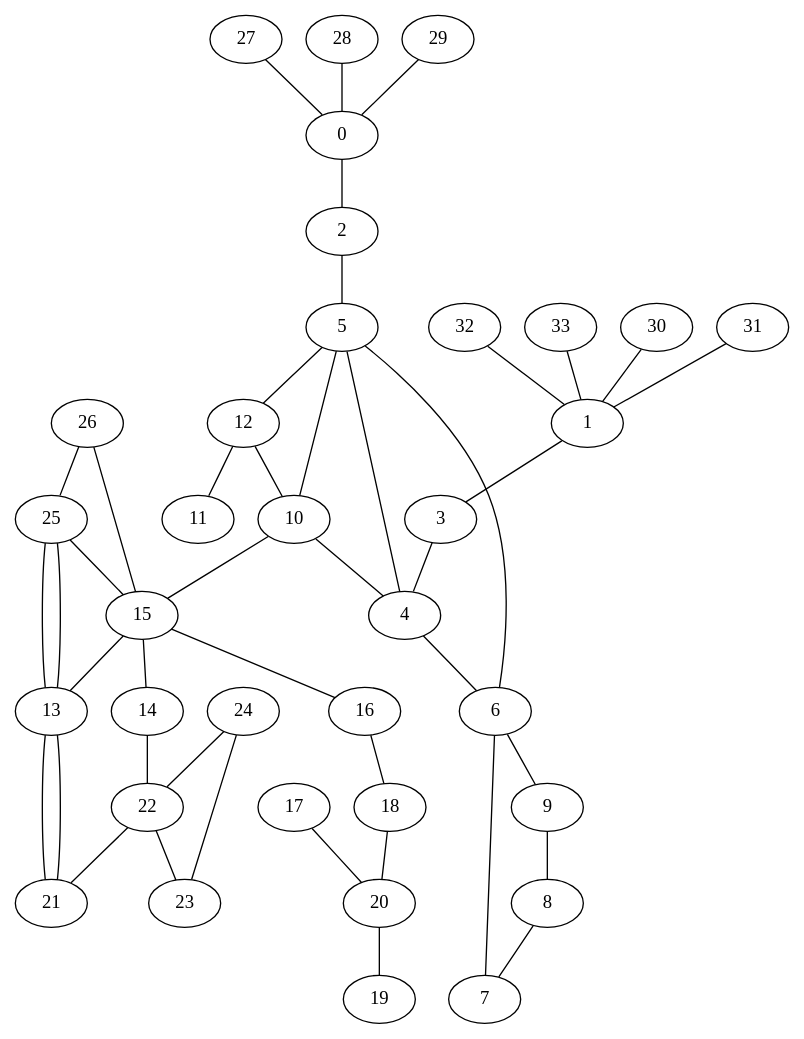
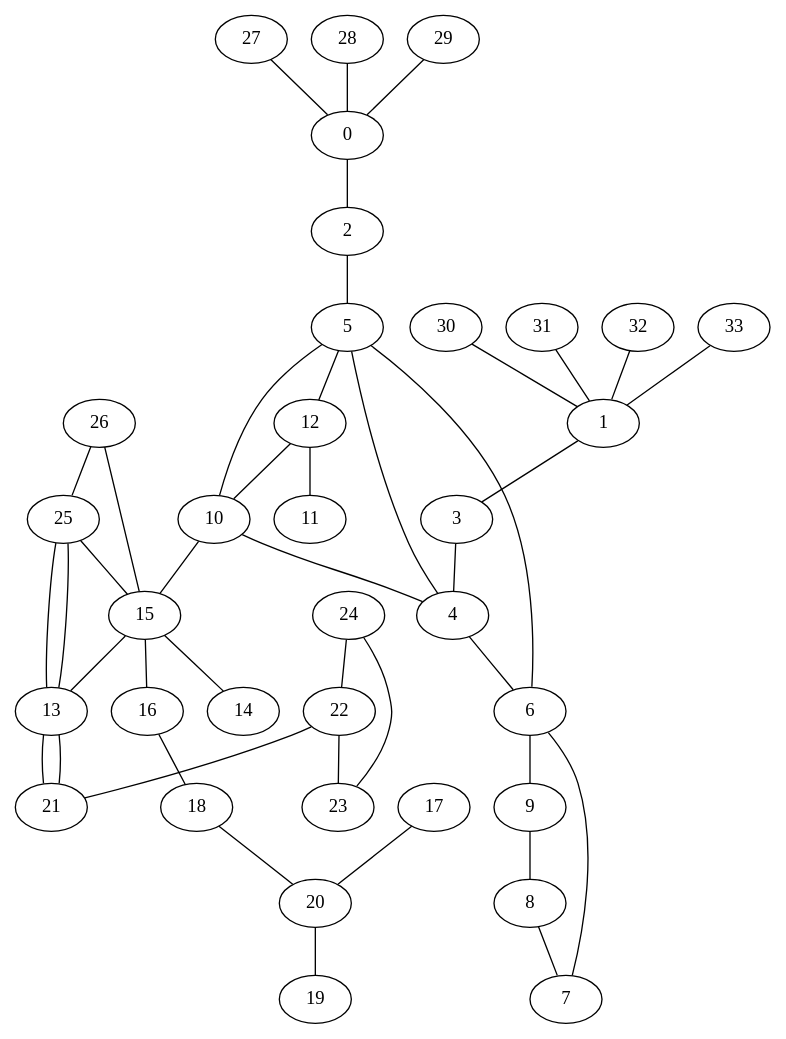
One commit to harrietrc/se306-project1 changed the diagram in se306_project1/test.dot. Above: the diagram before and after it, drawn with Graphviz. The commit also changed 9 other files, not shown here.

```diff
--- a/se306_project1/test.dot
+++ b/se306_project1/test.dot
@@ -1,79 +1,78 @@
 graph G {
 0;
 1;
 2;
 3;
 4;
 5;
 6;
 7;
 8;
 9;
 10;
 11;
 12;
 13;
 14;
 15;
 16;
 17;
 18;
 19;
 20;
 21;
 22;
 23;
 24;
 25;
 26;
 27;
 28;
 29;
 30;
 31;
 32;
 33;
 0--2 ;
 1--3 ;
 2--5 ;
 3--4 ;
 5--6 ;
 4--6 ;
 6--9 ;
 9--8 ;
 8--7 ;
 7--6 ;
 4--5 ;
 5--12 ;
 12--11 ;
 12--10 ;
 5--10 ;
 10--15 ;
 15--16 ;
 15--14 ;
 15--13 ;
 16--18 ;
 18--20 ;
 17--20 ;
 20--19 ;
 13--21 ;
-14--22 ;
 22--23 ;
 24--22 ;
 27--0 ;
 28--0 ;
 29--0 ;
 31--1 ;
 32--1 ;
 33--1 ;
 30--1 ;
 22--21 ;
 25--15 ;
 26--15 ;
 24--23 ;
 10--4 ;
 25--13 ;
 25--13 ;
 26--25 ;
 21--13 ;
 }
```
